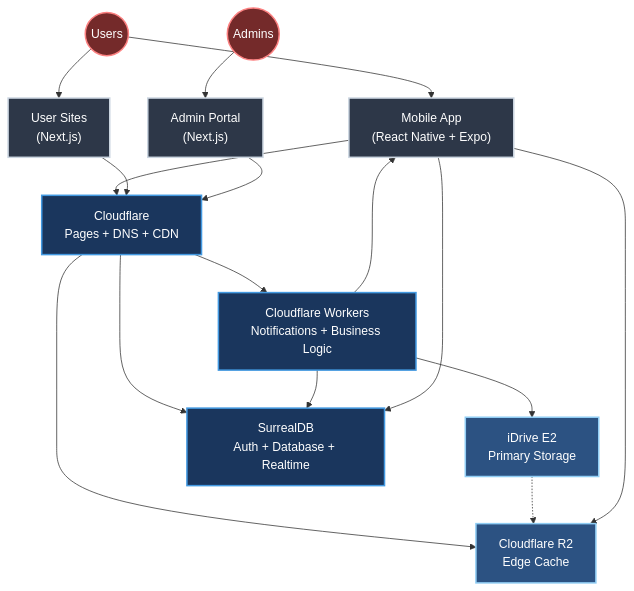
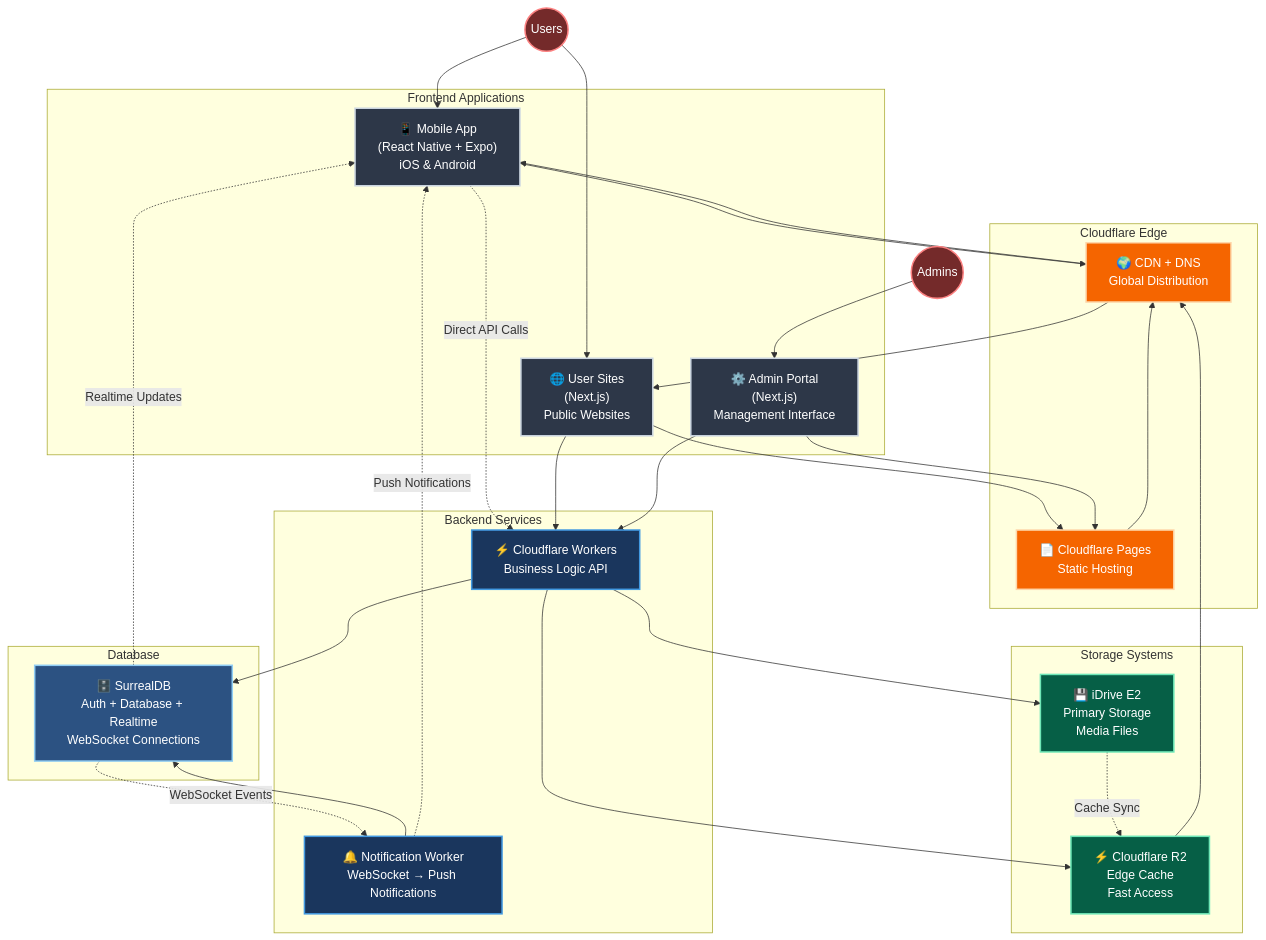
One commit to i-live/idance-backend changed the diagram in documentation/architecture.md. Above: the diagram before and after it, drawn with Mermaid. The commit also changed other lines of this file, not shown here.

Commit message:
fixed architecture file

````diff
--- a/documentation/architecture.md
+++ b/documentation/architecture.md
@@ -3,58 +3,90 @@
 ```mermaid
 flowchart TD
-    %% Main User Entry Points
-    MobileApp["Mobile App<br>(React Native + Expo)"]
-    UserSites["User Sites<br>(Next.js)"]
-    AdminPortal["Admin Portal<br>(Next.js)"]
-
-    %% Infrastructure & Hosting
-    CF["Cloudflare<br>Pages + DNS + CDN"]
-    CFWorkers["Cloudflare Workers<br>Notifications + Business Logic"]
-
-    %% Storage Systems
-    iDriveE2["iDrive E2<br>Primary Storage"]
-    R2["Cloudflare R2<br>Edge Cache"]
-
-    %% Backend Systems
-    SurrealDB["SurrealDB<br>Auth + Database + Realtime"]
-
-    %% User Access
+    %% User Layer
     Users(("Users"))
     Admins(("Admins"))
 
-    %% Flow Connections
+    %% Frontend Layer
+    subgraph "Frontend Applications"
+        MobileApp["📱 Mobile App<br>(React Native + Expo)<br>iOS & Android"]
+        UserSites["🌐 User Sites<br>(Next.js)<br>Public Websites"]
+        AdminPortal["⚙️ Admin Portal<br>(Next.js)<br>Management Interface"]
+    end
+
+    %% CDN & Edge Layer
+    subgraph "Cloudflare Edge"
+        CFPages["📄 Cloudflare Pages<br>Static Hosting"]
+        CFCDN["🌍 CDN + DNS<br>Global Distribution"]
+    end
+
+    %% Backend Services Layer
+    subgraph "Backend Services"
+        CFWorkers["⚡ Cloudflare Workers<br>Business Logic API"]
+        NotificationWorker["🔔 Notification Worker<br>WebSocket → Push Notifications"]
+    end
+
+    %% Database Layer
+    subgraph "Database"
+        SurrealDB["🗄️ SurrealDB<br>Auth + Database + Realtime<br>WebSocket Connections"]
+    end
+
+    %% Storage Layer
+    subgraph "Storage Systems"
+        iDriveE2["💾 iDrive E2<br>Primary Storage<br>Media Files"]
+        R2["⚡ Cloudflare R2<br>Edge Cache<br>Fast Access"]
+    end
+
+    %% User Access
     Users --> MobileApp
     Users --> UserSites
     Admins --> AdminPortal
 
-    %% Frontend to Infrastructure
-    MobileApp --> CF
-    UserSites --> CF
-    AdminPortal --> CF
+    %% Frontend to Edge
+    MobileApp --> CFCDN
+    UserSites --> CFPages
+    AdminPortal --> CFPages
 
-    %% Infrastructure to Backend
-    CF --> SurrealDB
-    CF --> CFWorkers
-    CF --> R2
+    %% Edge Distribution
+    CFPages --> CFCDN
+
+    %% Frontend to Backend Services
+    MobileApp -.->|"Direct API Calls"| CFWorkers
+    UserSites --> CFWorkers
+    AdminPortal --> CFWorkers
+
+    %% Backend Services to Database
     CFWorkers --> SurrealDB
+    NotificationWorker --> SurrealDB
+
+    %% Database WebSocket Connections
+    SurrealDB -.->|"WebSocket Events"| NotificationWorker
+    SurrealDB -.->|"Realtime Updates"| MobileApp
+
+    %% Notification Flow
+    NotificationWorker -.->|"Push Notifications"| MobileApp
+
+    %% Storage Operations
     CFWorkers --> iDriveE2
-    CFWorkers --> MobileApp
+    CFWorkers --> R2
+    iDriveE2 -.->|"Cache Sync"| R2
 
-    %% Storage Flow
-    iDriveE2 -.-> R2
-
-    %% Mobile Direct Connections
-    MobileApp --> SurrealDB
-    MobileApp --> R2
+    %% Media Delivery
+    R2 --> CFCDN
+    CFCDN --> MobileApp
+    CFCDN --> UserSites
 
     %% Styling
-    classDef primary fill:#2d3748,stroke:#cbd5e0,stroke-width:2px,color:white
-    classDef storage fill:#2c5282,stroke:#90cdf4,stroke-width:2px,color:white
-    classDef infrastructure fill:#1a365d,stroke:#4299e1,stroke-width:2px,color:white
+    classDef frontend fill:#2d3748,stroke:#cbd5e0,stroke-width:2px,color:white
+    classDef edge fill:#f56500,stroke:#fed7aa,stroke-width:2px,color:white
+    classDef backend fill:#1a365d,stroke:#4299e1,stroke-width:2px,color:white
+    classDef database fill:#2c5282,stroke:#90cdf4,stroke-width:2px,color:white
+    classDef storage fill:#065f46,stroke:#6ee7b7,stroke-width:2px,color:white
     classDef users fill:#742a2a,stroke:#fc8181,stroke-width:2px,color:white
 
-    class MobileApp,UserSites,AdminPortal primary
+    class MobileApp,UserSites,AdminPortal frontend
+    class CFPages,CFCDN edge
+    class CFWorkers,NotificationWorker backend
+    class SurrealDB database
     class iDriveE2,R2 storage
-    class CF,CFWorkers,SurrealDB infrastructure
     class Users,Admins users
 ```
````
